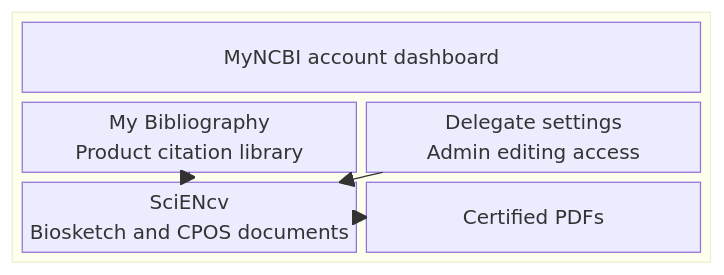
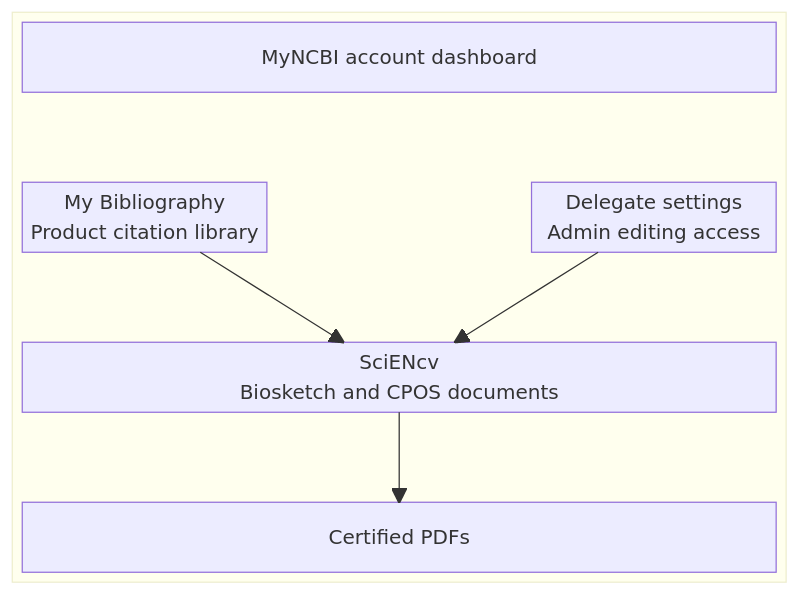
The diagram in docs/getting-ready/myncbi-sciencv.md (FritscheLab/nih-sciencv-playbook), drawn with Mermaid before and after one commit. The commit also changed 12 other files, not shown here.

Commit message:
feat: enhance Mermaid diagrams for improved accessibility and readability

````diff
--- a/docs/getting-ready/myncbi-sciencv.md
+++ b/docs/getting-ready/myncbi-sciencv.md
@@ -20,15 +20,21 @@
 ```mermaid
 block-beta
-    columns 2
-    block:account:2
-        columns 2
-        dashboard["MyNCBI account dashboard"]:2
+    %% accTitle: MyNCBI account and SciENcv document map
+    %% accDescr: Within the MyNCBI account, My Bibliography supplies product citations and delegate settings provide admin editing access to SciENcv. SciENcv contains biosketch and CPOS documents and produces certified PDFs.
+    columns 3
+    block:account:3
+        columns 3
+        dashboard["MyNCBI account dashboard"]:3
+        space:3
         bibliography["My Bibliography<br/>Product citation library"]
+        space
         delegates["Delegate settings<br/>Admin editing access"]
-        sciencv["SciENcv<br/>Biosketch and CPOS documents"]
-        output["Certified PDFs"]
+        space:3
+        sciencv["SciENcv<br/>Biosketch and CPOS documents"]:3
+        space:3
+        output["Certified PDFs"]:3
     end
     bibliography --> sciencv
     delegates --> sciencv
     sciencv --> output
 ```
````
